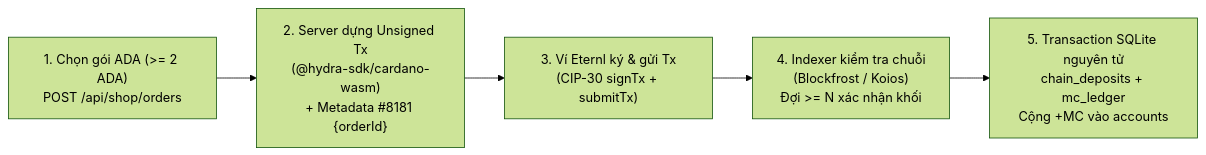
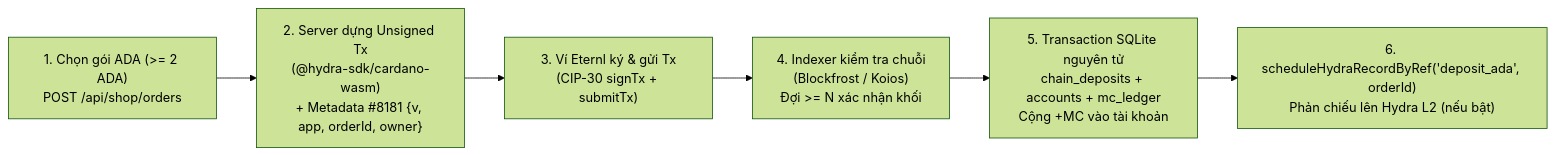
Before and after one commit to Thanhdtt711/hydra-pagoda: the first of 4 diagrams in docs/co_che_hoat_dong/CO_CHE_MC_VA_HYDRA_L2.md, drawn with Mermaid (forest theme). The commit also changed other lines of this file and 65 other files, not shown here.

````diff
--- a/docs/co_che_hoat_dong/CO_CHE_MC_VA_HYDRA_L2.md
+++ b/docs/co_che_hoat_dong/CO_CHE_MC_VA_HYDRA_L2.md
@@ -26,7 +28,8 @@
 ```mermaid
 flowchart LR
-    A["1. Chọn gói ADA (>= 2 ADA)<br/>POST /api/shop/orders"] --> B["2. Server dựng Unsigned Tx<br/>(@hydra-sdk/cardano-wasm)<br/>+ Metadata #8181 {orderId}"]
+    A["1. Chọn gói ADA (>= 2 ADA)<br/>POST /api/shop/orders"] --> B["2. Server dựng Unsigned Tx<br/>(@hydra-sdk/cardano-wasm)<br/>+ Metadata #8181 {v, app, orderId, owner}"]
     B --> C["3. Ví Eternl ký & gửi Tx<br/>(CIP-30 signTx + submitTx)"]
     C --> D["4. Indexer kiểm tra chuỗi<br/>(Blockfrost / Koios)<br/>Đợi >= N xác nhận khối"]
-    D --> E["5. Transaction SQLite nguyên tử<br/>chain_deposits + mc_ledger<br/>Cộng +MC vào accounts"]
+    D --> E["5. Transaction SQLite nguyên tử<br/>chain_deposits + accounts + mc_ledger<br/>Cộng +MC vào tài khoản"]
+    E --> F["6. scheduleHydraRecordByRef('deposit_ada', orderId)<br/>Phản chiếu lên Hydra L2 (nếu bật)"]
 ```
````
